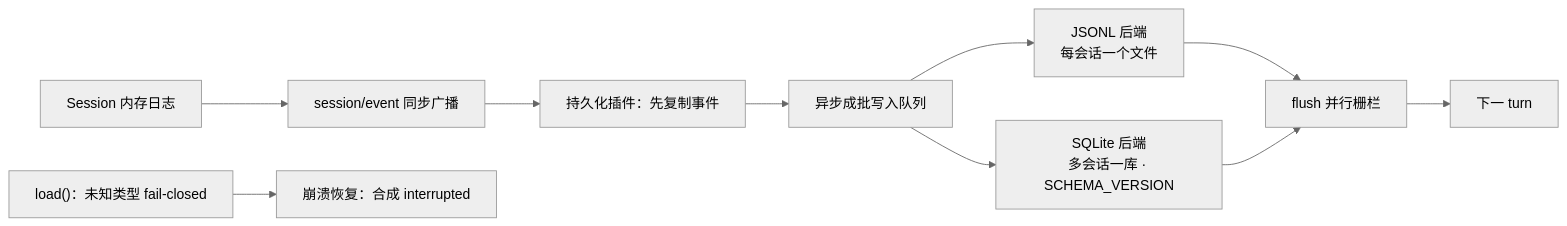
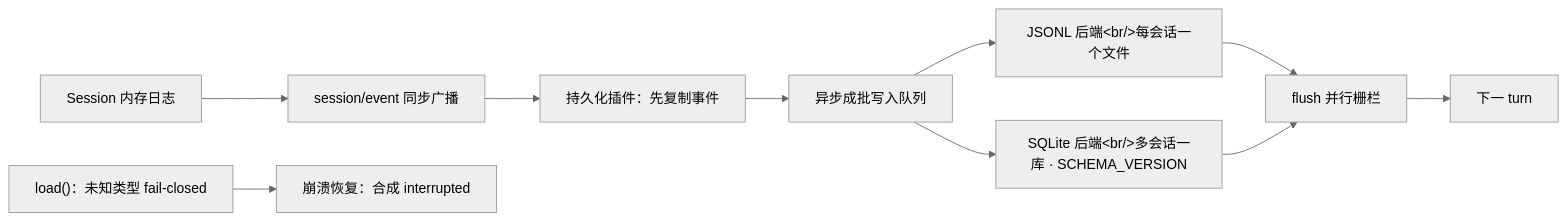
One commit to ZZKeepCurious/mini-deepseek-harness-python changed the diagram in docs/chapters/05-persistence-recovery-composition.md. Above: the diagram before and after it, drawn with Mermaid (neutral theme). The commit also changed other lines of this file and 8 other files, not shown here.

````diff
--- a/docs/chapters/05-persistence-recovery-composition.md
+++ b/docs/chapters/05-persistence-recovery-composition.md
@@ -17,19 +18,19 @@
 ```mermaid
 flowchart LR
   S["Session 内存日志"]
   EVT["session/event 同步广播"]
   P["持久化插件：先复制事件"]
   Q["异步成批写入队列"]
-  J["JSONL 后端<br/>每会话一个文件"]
-  QL["SQLite 后端<br/>多会话一库 · SCHEMA_VERSION"]
+  J["JSONL 后端&lt;br/&gt;每会话一个文件"]
+  QL["SQLite 后端&lt;br/&gt;多会话一库 · SCHEMA_VERSION"]
   F["flush 并行栅栏"]
   NEXT["下一 turn"]
   LOAD["load()：未知类型 fail-closed"]
   INT["崩溃恢复：合成 interrupted"]
   S --> EVT --> P --> Q --> J
   Q --> QL
   J --> F
   QL --> F
   F --> NEXT
   LOAD --> INT
 ```
````
